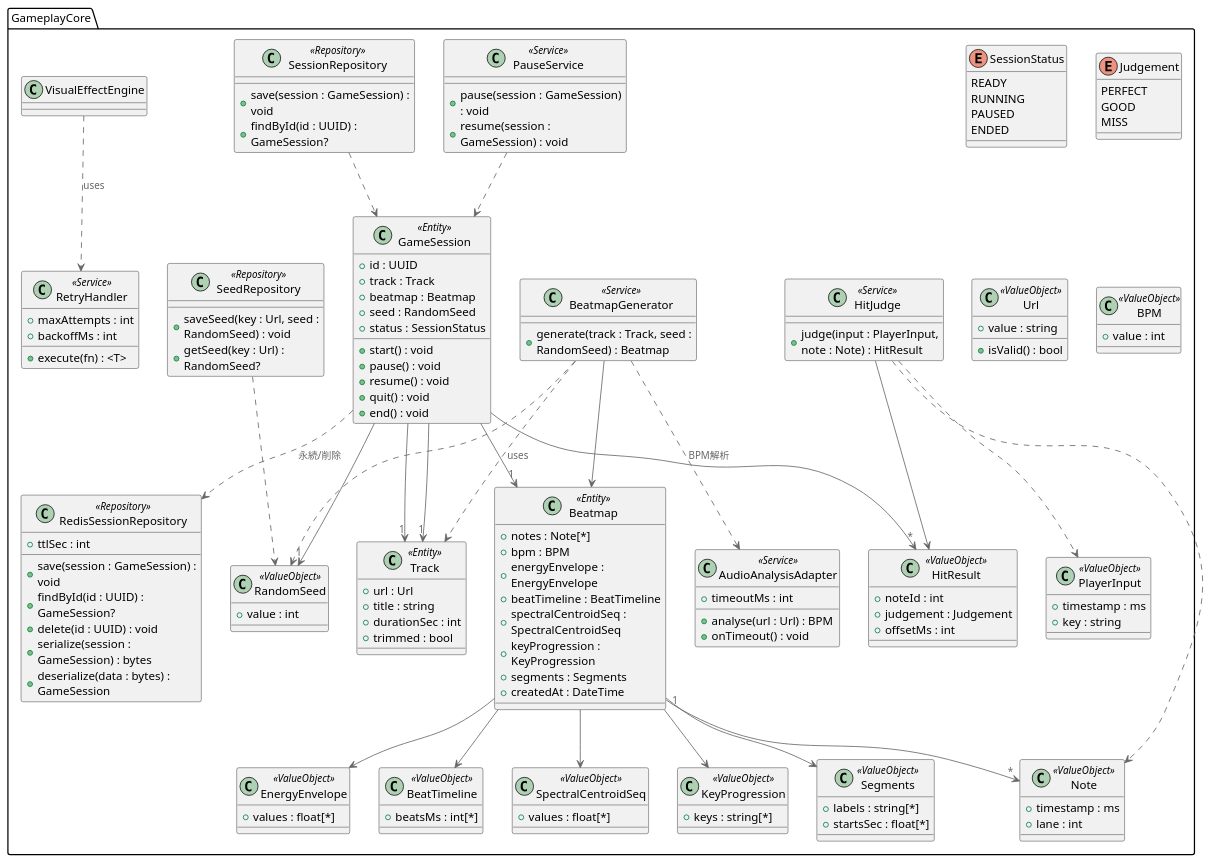
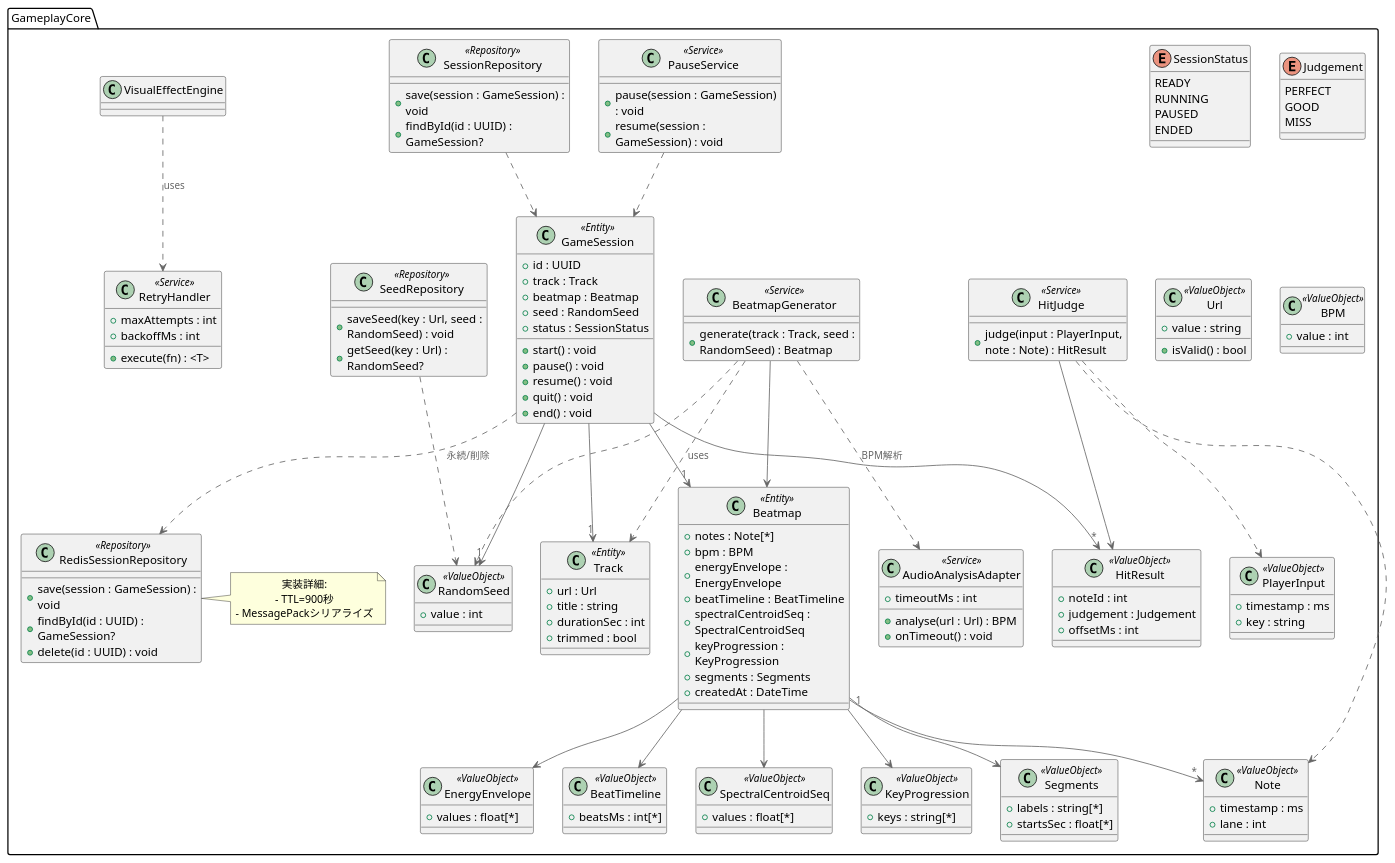
Before and after one commit to u-keiya/play_as_you_like: the diagram in docs/03_design/diagrams/class/core_domain.puml, drawn with PlantUML. The commit also changed 12 other files, not shown here.

```diff
--- a/docs/03_design/diagrams/class/core_domain.puml
+++ b/docs/03_design/diagrams/class/core_domain.puml
@@ -151,18 +151,19 @@
     +save(session : GameSession) : void
     +findById(id : UUID) : GameSession?
     +delete(id : UUID) : void
-    +ttlSec : int
-    +serialize(session : GameSession) : bytes
-    +deserialize(data : bytes) : GameSession
-    ' TTL=900秒, MessagePackシリアライズ
   }
+
+  note right of RedisSessionRepository
+    実装詳細:
+    - TTL=900秒
+    - MessagePackシリアライズ
+  end note
 
   ' ====== Session End/QUIT (#US-001, #US-004) =========================
   GameSession : +end() : void
   ' セッション終了・スコア確定・一時データ削除
 
   ' ====== Relationships ==============================================
-  GameSession --> "1" Track
   GameSession ..> RedisSessionRepository : 永続/削除
   BeatmapGenerator ..> AudioAnalysisAdapter : BPM解析
   GameSession --> "1" Beatmap
```
